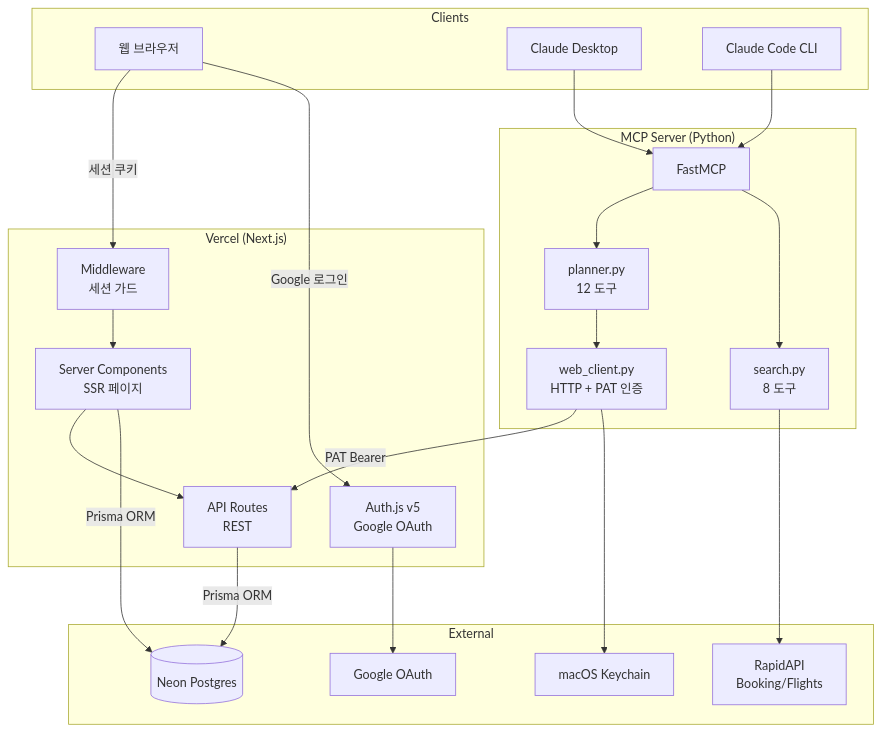
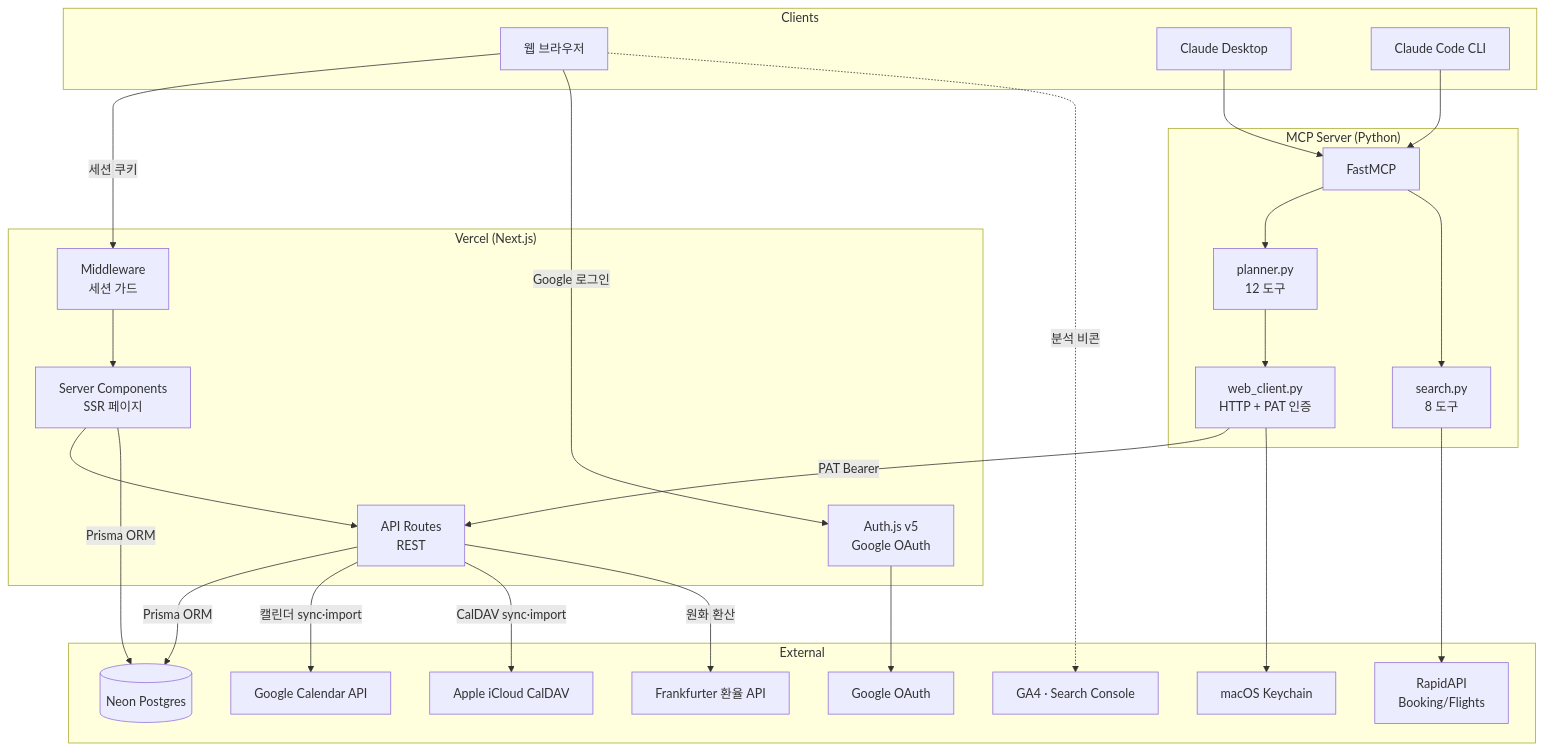
Before and after one commit to idean3885/trip-planner: the first of 5 diagrams in docs/ARCHITECTURE.md, drawn with Mermaid. The commit also changed other lines of this file and 6 other files, not shown here.

First line of the commit message:
docs: v4.5.0 기준 개발 문서 현행화 (ERD·아키텍처·다이어그램)

````diff
--- a/docs/ARCHITECTURE.md
+++ b/docs/ARCHITECTURE.md
@@ -32,40 +32,48 @@
 ```mermaid
 graph TB
     subgraph Clients
         Browser[웹 브라우저]
         ClaudeDesktop[Claude Desktop]
         ClaudeCLI[Claude Code CLI]
     end
 
     subgraph "Vercel (Next.js)"
         Middleware[Middleware<br/>세션 가드]
         Pages[Server Components<br/>SSR 페이지]
         API[API Routes<br/>REST]
         AuthConfig[Auth.js v5<br/>Google OAuth]
     end
 
     subgraph "MCP Server (Python)"
         MCPServer[FastMCP]
         Planner[planner.py<br/>12 도구]
         Search[search.py<br/>8 도구]
         WebClient[web_client.py<br/>HTTP + PAT 인증]
     end
 
     subgraph "External"
         NeonDB[(Neon Postgres)]
         Google[Google OAuth]
+        GoogleCal[Google Calendar API]
+        AppleCalDAV[Apple iCloud CalDAV]
+        FX[Frankfurter 환율 API]
+        Analytics[GA4 · Search Console]
         RapidAPI[RapidAPI<br/>Booking/Flights]
         Keychain[macOS Keychain]
     end
 
     Browser -->|세션 쿠키| Middleware --> Pages --> API
     Browser -->|Google 로그인| AuthConfig --> Google
+    Browser -.->|분석 비콘| Analytics
     ClaudeDesktop --> MCPServer
     ClaudeCLI --> MCPServer
     MCPServer --> Planner --> WebClient
     MCPServer --> Search --> RapidAPI
     WebClient -->|PAT Bearer| API
     WebClient --> Keychain
     API -->|Prisma ORM| NeonDB
     Pages -->|Prisma ORM| NeonDB
+    API -->|캘린더 sync·import| GoogleCal
+    API -->|CalDAV sync·import| AppleCalDAV
+    API -->|원화 환산| FX
 ```
````
